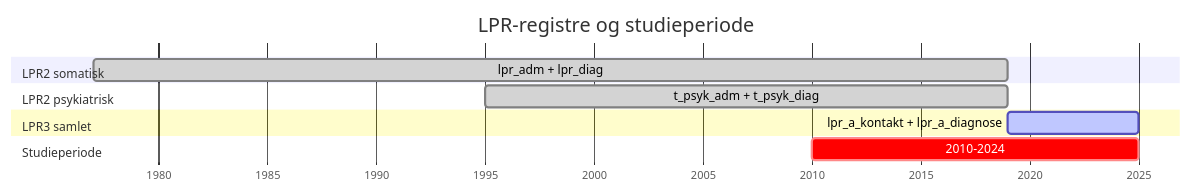
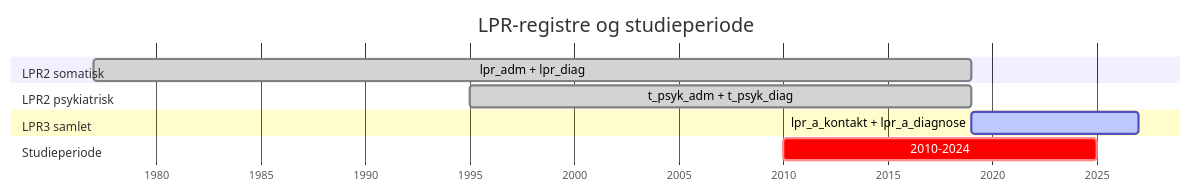
One commit to saras-clin/BSDemens changed the second of 3 diagrams in docs/getting-started-dst.qmd. Above: the diagram before and after it, drawn with Mermaid.

Commit message:
Extend LPR3 gantt bar to 2027 so it reaches today-marker

````diff
--- a/docs/getting-started-dst.qmd
+++ b/docs/getting-started-dst.qmd
@@ -272,14 +272,14 @@
 ```{mermaid}
 gantt
     title LPR-registre og studieperiode
     dateFormat  YYYY
     axisFormat  %Y
     section LPR2 somatisk
     lpr_adm + lpr_diag               :done,   1977, 2019
     section LPR2 psykiatrisk
     t_psyk_adm + t_psyk_diag         :done,   1995, 2019
     section LPR3 samlet
-    lpr_a_kontakt + lpr_a_diagnose   :active, 2019, 2025
+    lpr_a_kontakt + lpr_a_diagnose   :active, 2019, 2027
     section Studieperiode
     2010-2024                         :crit,   2010, 2025
 ```
````
